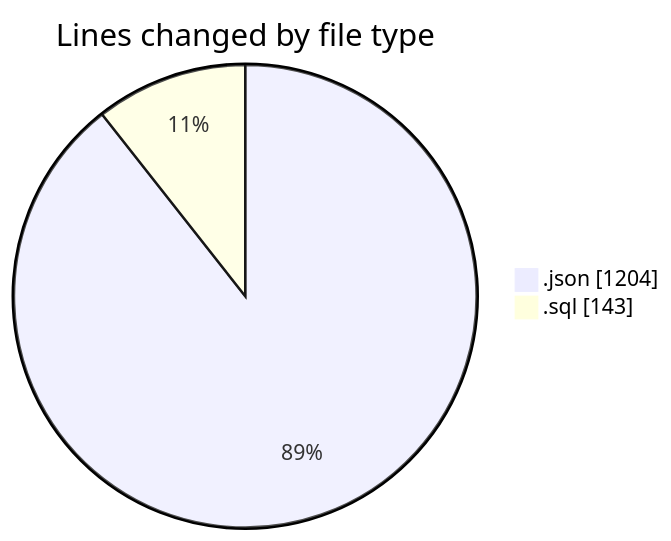
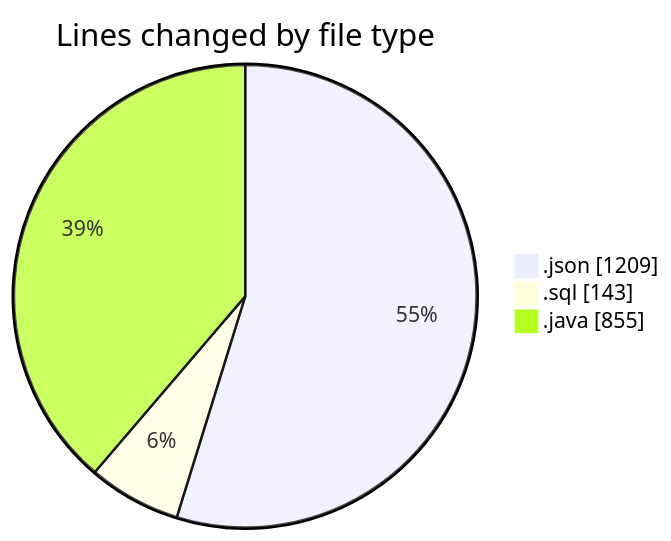
Before and after one commit to ricardozamudiocil/code-tracking: the first of 2 diagrams in 2026-06-16/cilapp/README.md, drawn with Mermaid. The commit also changed other lines of this file and 1 other file, not shown here.

````diff
--- a/2026-06-16/cilapp/README.md
+++ b/2026-06-16/cilapp/README.md
@@ -22,6 +25,7 @@
 ```mermaid
 pie showData
 title Lines changed by file type
-".json" : 1204
+".json" : 1209
 ".sql" : 143
+".java" : 855
 ```
````
